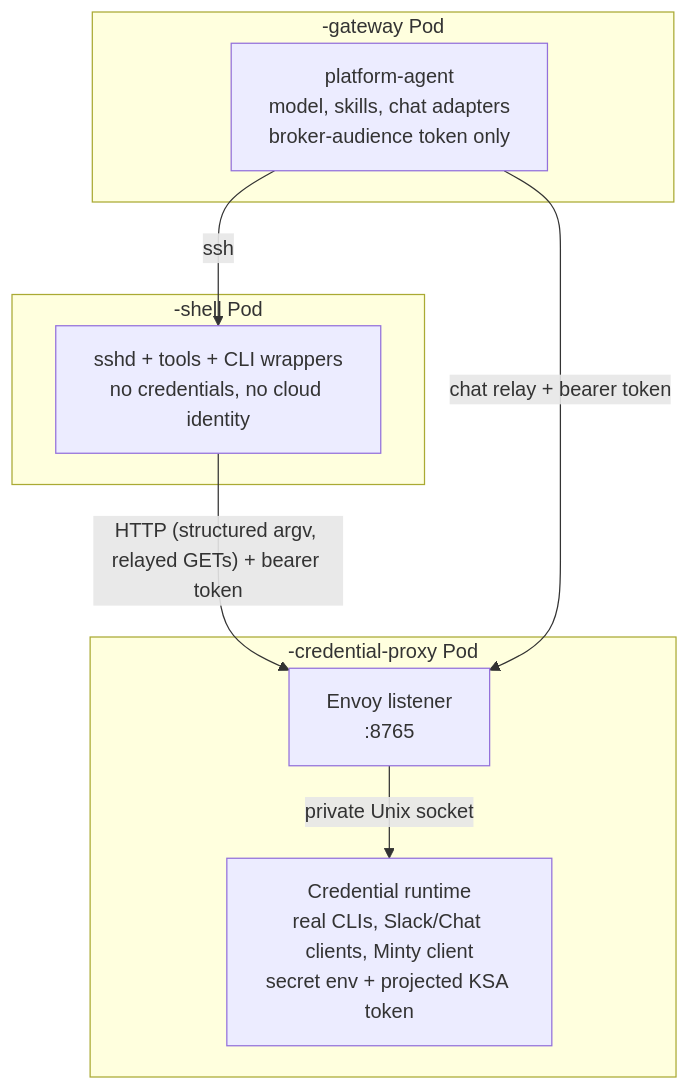
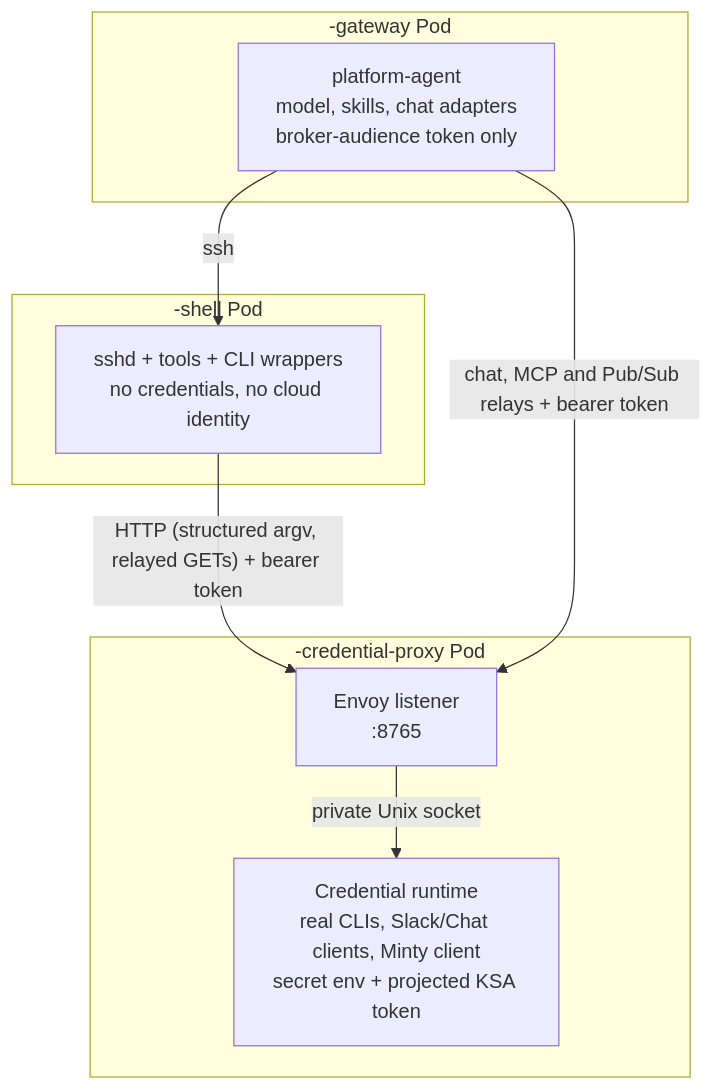
Before and after one commit to bradhoekstra/kube-agents: the diagram in docs/site/src/content/docs/reference/credential-isolation.md, drawn with Mermaid. The commit also changed 6 other files, not shown here.

First line of the commit message:
docs: the chart's tuning switch, the relays on the diagram, and agentplugins/ in the map

````diff
--- a/docs/site/src/content/docs/reference/credential-isolation.md
+++ b/docs/site/src/content/docs/reference/credential-isolation.md
@@ -30,17 +30,17 @@
 ```mermaid
 flowchart TB
     subgraph GW["<name>-gateway Pod"]
         AGENT["platform-agent<br/>model, skills, chat adapters<br/>broker-audience token only"]
     end
     subgraph SH["<name>-shell Pod"]
         SHELL["sshd + tools + CLI wrappers<br/>no credentials, no cloud identity"]
     end
     subgraph BR["<name>-credential-proxy Pod"]
         ENVOY["Envoy listener<br/>:8765"]
         RUNTIME["Credential runtime<br/>real CLIs, Slack/Chat clients, Minty client<br/>secret env + projected KSA token"]
     end
     AGENT -->|ssh| SHELL
     SHELL -->|"HTTP (structured argv, relayed GETs) + bearer token"| ENVOY
-    AGENT -->|"chat relay + bearer token"| ENVOY
+    AGENT -->|"chat, MCP and Pub/Sub relays + bearer token"| ENVOY
     ENVOY -->|private Unix socket| RUNTIME
 ```
````
